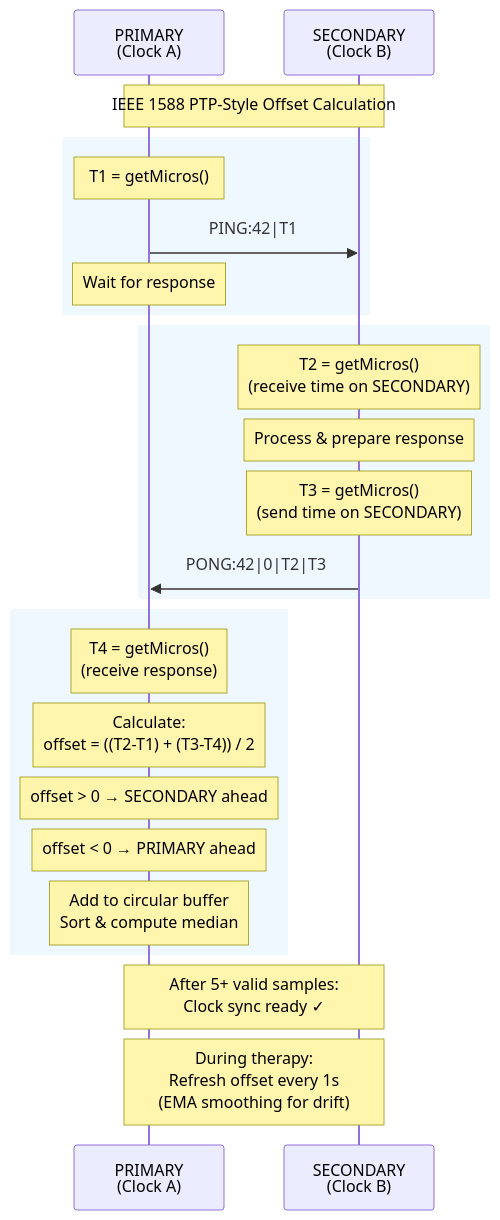
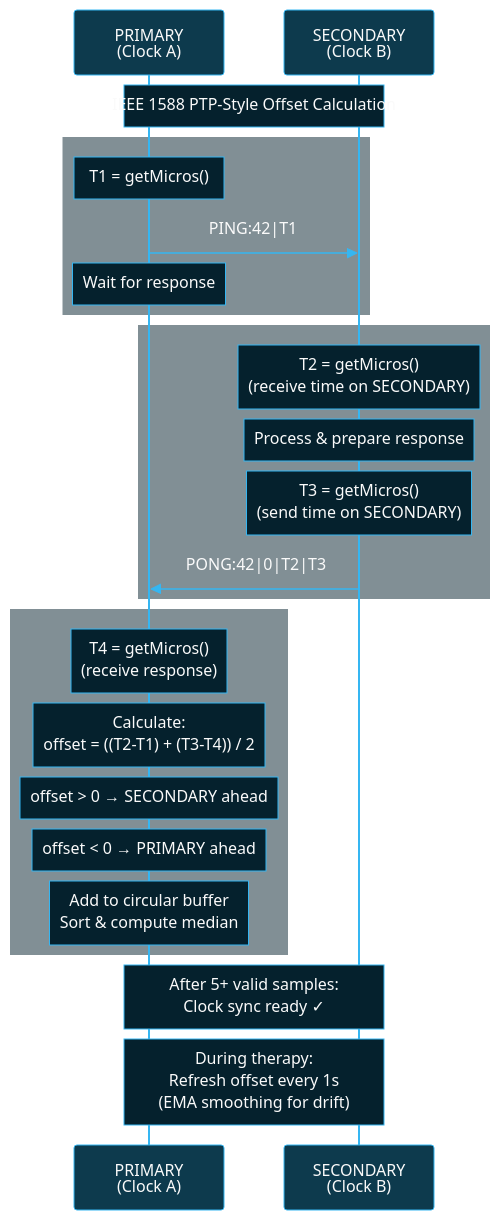
The fourth of 11 diagrams in docs/THERAPY_SESSION_FLOW.md (BlueBuzzah/BlueBuzzah-Firmware), drawn with Mermaid before and after one commit. The commit also changed other lines of this file and 12 other files, not shown here.

First line of the commit message:
docs: update system documentation to accurately reflect current state, update diagram formats and styling

````diff
--- a/docs/THERAPY_SESSION_FLOW.md
+++ b/docs/THERAPY_SESSION_FLOW.md
@@ -184,32 +241,57 @@
 ```mermaid
+%%{init: {'theme': 'base', 'themeVariables': {
+  'primaryColor': '#0d3a4d',
+  'primaryTextColor': '#fafafa',
+  'primaryBorderColor': '#35B6F2',
+  'lineColor': '#35B6F2',
+  'secondaryColor': '#05212D',
+  'tertiaryColor': '#0a0a0a',
+  'background': '#0a0a0a',
+  'actorBkg': '#0d3a4d',
+  'actorBorder': '#35B6F2',
+  'actorTextColor': '#fafafa',
+  'actorLineColor': '#35B6F2',
+  'signalColor': '#35B6F2',
+  'signalTextColor': '#fafafa',
+  'labelBoxBkgColor': '#05212D',
+  'labelBoxBorderColor': '#35B6F2',
+  'labelTextColor': '#fafafa',
+  'loopTextColor': '#fafafa',
+  'noteBkgColor': '#05212D',
+  'noteBorderColor': '#35B6F2',
+  'noteTextColor': '#fafafa',
+  'activationBkgColor': '#0d3a4d',
+  'activationBorderColor': '#35B6F2',
+  'sequenceNumberColor': '#fafafa'
+}}}%%
 sequenceDiagram
     participant P as PRIMARY<br/>(Clock A)
     participant S as SECONDARY<br/>(Clock B)
 
     Note over P,S: IEEE 1588 PTP-Style Offset Calculation
 
-    rect rgb(240, 248, 255)
+    rect rgba(5, 33, 45, 0.5)
         Note over P: T1 = getMicros()
         P->>S: PING:42|T1
         Note over P: Wait for response
     end
 
-    rect rgb(240, 248, 255)
+    rect rgba(5, 33, 45, 0.5)
         Note over S: T2 = getMicros()<br/>(receive time on SECONDARY)
         Note over S: Process & prepare response
         Note over S: T3 = getMicros()<br/>(send time on SECONDARY)
         S->>P: PONG:42|0|T2|T3
     end
 
-    rect rgb(240, 248, 255)
+    rect rgba(5, 33, 45, 0.5)
         Note over P: T4 = getMicros()<br/>(receive response)
         Note over P: Calculate:<br/>offset = ((T2-T1) + (T3-T4)) / 2
         Note over P: offset > 0 → SECONDARY ahead
         Note over P: offset < 0 → PRIMARY ahead
         Note over P: Add to circular buffer<br/>Sort & compute median
     end
 
     Note over P,S: After 5+ valid samples:<br/>Clock sync ready ✓
 
     Note over P,S: During therapy:<br/>Refresh offset every 1s<br/>(EMA smoothing for drift)
 ```
````
